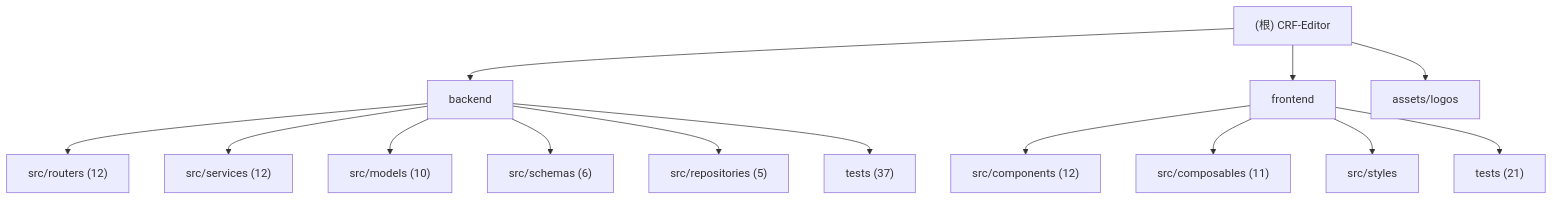
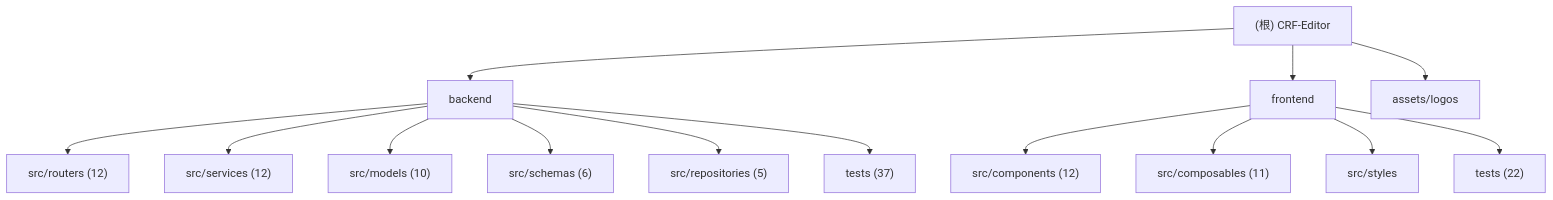
One commit to decade6666/CRF-Editor changed the diagram in .claude/CLAUDE.md. Above: the diagram before and after it, drawn with Mermaid. The commit also changed other lines of this file and 5 other files, not shown here.

````diff
--- a/.claude/CLAUDE.md
+++ b/.claude/CLAUDE.md
@@ -15,19 +15,19 @@
 ```mermaid
 graph TD
     A["(根) CRF-Editor"] --> B["backend"];
     B --> B1["src/routers (12)"];
     B --> B2["src/services (12)"];
     B --> B3["src/models (10)"];
     B --> B4["src/schemas (6)"];
     B --> B5["src/repositories (5)"];
     B --> B6["tests (37)"];
     A --> C["frontend"];
     C --> C1["src/components (12)"];
     C --> C2["src/composables (11)"];
     C --> C3["src/styles"];
-    C --> C4["tests (21)"];
+    C --> C4["tests (22)"];
     A --> D["assets/logos"];
 
     click B "./backend/.claude/CLAUDE.md" "查看 backend 模块文档"
     click C "./frontend/.claude/CLAUDE.md" "查看 frontend 模块文档"
 ```
````
